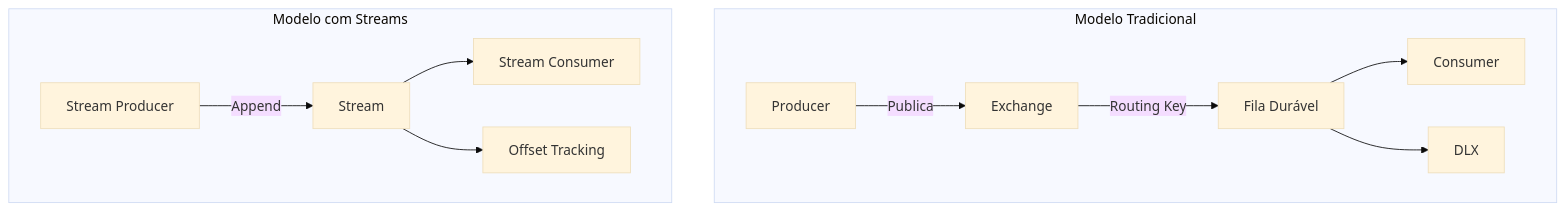
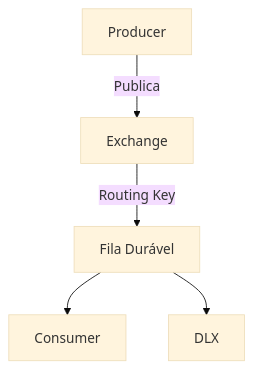
One commit to Vinicius-Luiz/data_replication_python_service changed the diagram in _anotacoes/rabbitmq.md. Above: the diagram before and after it, drawn with Mermaid (base theme). The commit also changed other lines of this file and 54 other files, not shown here.

````diff
--- a/_anotacoes/rabbitmq.md
+++ b/_anotacoes/rabbitmq.md
@@ -21,15 +49,7 @@
 ```mermaid
 graph TD
-    subgraph Traditional[Modelo Tradicional]
-        A[Producer] -->|Publica| B[Exchange]
-        B -->|Routing Key| C[Fila Durável]
-        C --> D[Consumer]
-        C --> E[DLX]
-    end
-    
-    subgraph Stream[Modelo com Streams]
-        F[Stream Producer] -->|Append| G[Stream]
-        G --> H[Stream Consumer]
-        G --> I[Offset Tracking]
-    end
+    A[Producer] -->|Publica| B[Exchange]
+    B -->|Routing Key| C[Fila Durável]
+    C --> D[Consumer]
+    C --> E[DLX]
 ```
````
